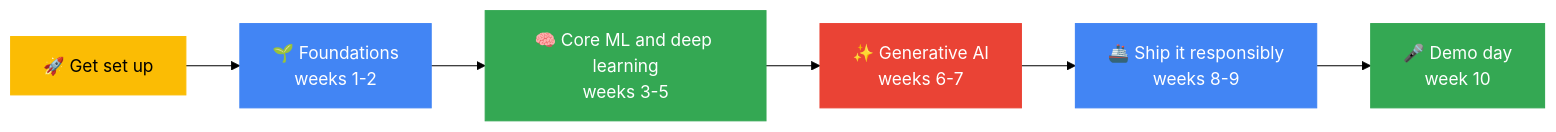
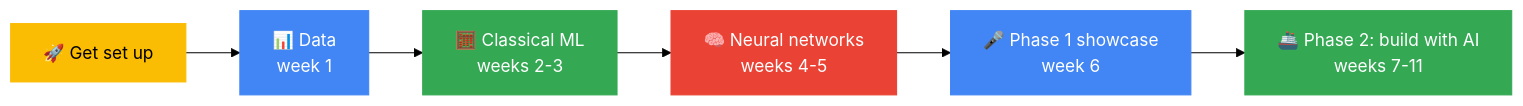
The first of 2 diagrams in README.md (GDG-TUM/AI-ML-Track-GDG-on-Campus-TUM), drawn with Mermaid (forest theme) before and after one commit. The commit also changed other lines of this file and 41 other files, not shown here.

First line of the commit message:
docs(curriculum): restructure into phases with a six-week Phase 1

````diff
--- a/README.md
+++ b/README.md
@@ -71,14 +74,14 @@
 ```mermaid
 flowchart LR
-    A[🚀 Get set up] --> B[🌱 Foundations<br/>weeks 1-2]
-    B --> C[🧠 Core ML and deep learning<br/>weeks 3-5]
-    C --> D[✨ Generative AI<br/>weeks 6-7]
-    D --> E[🚢 Ship it responsibly<br/>weeks 8-9]
-    E --> F[🎤 Demo day<br/>week 10]
+    A[🚀 Get set up] --> B[📊 Data<br/>week 1]
+    B --> C[🧮 Classical ML<br/>weeks 2-3]
+    C --> D[🧠 Neural networks<br/>weeks 4-5]
+    D --> E[🎤 Phase 1 showcase<br/>week 6]
+    E --> F[🚢 Phase 2: build with AI<br/>weeks 7-11]
     style A fill:#FBBC04,color:#000,stroke:#FBBC04
     style B fill:#4285F4,color:#fff,stroke:#4285F4
     style C fill:#34A853,color:#fff,stroke:#34A853
     style D fill:#EA4335,color:#fff,stroke:#EA4335
     style E fill:#4285F4,color:#fff,stroke:#4285F4
     style F fill:#34A853,color:#fff,stroke:#34A853
 ```
````
